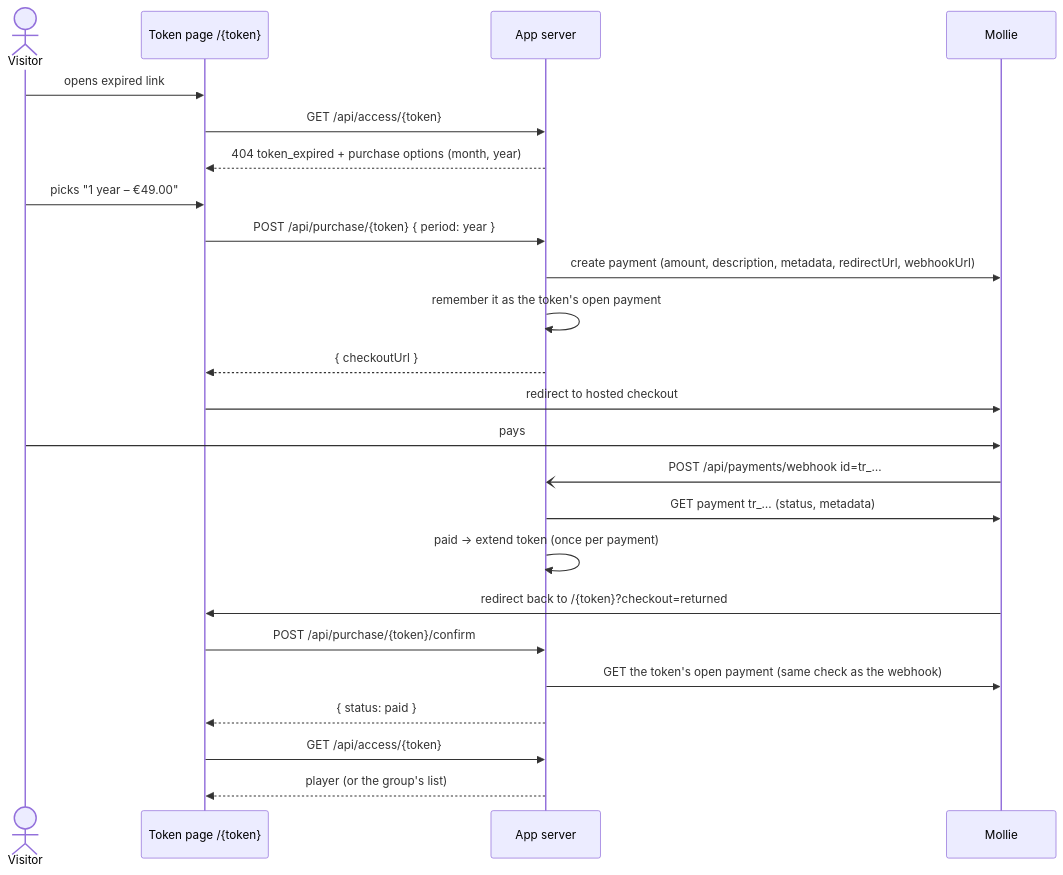
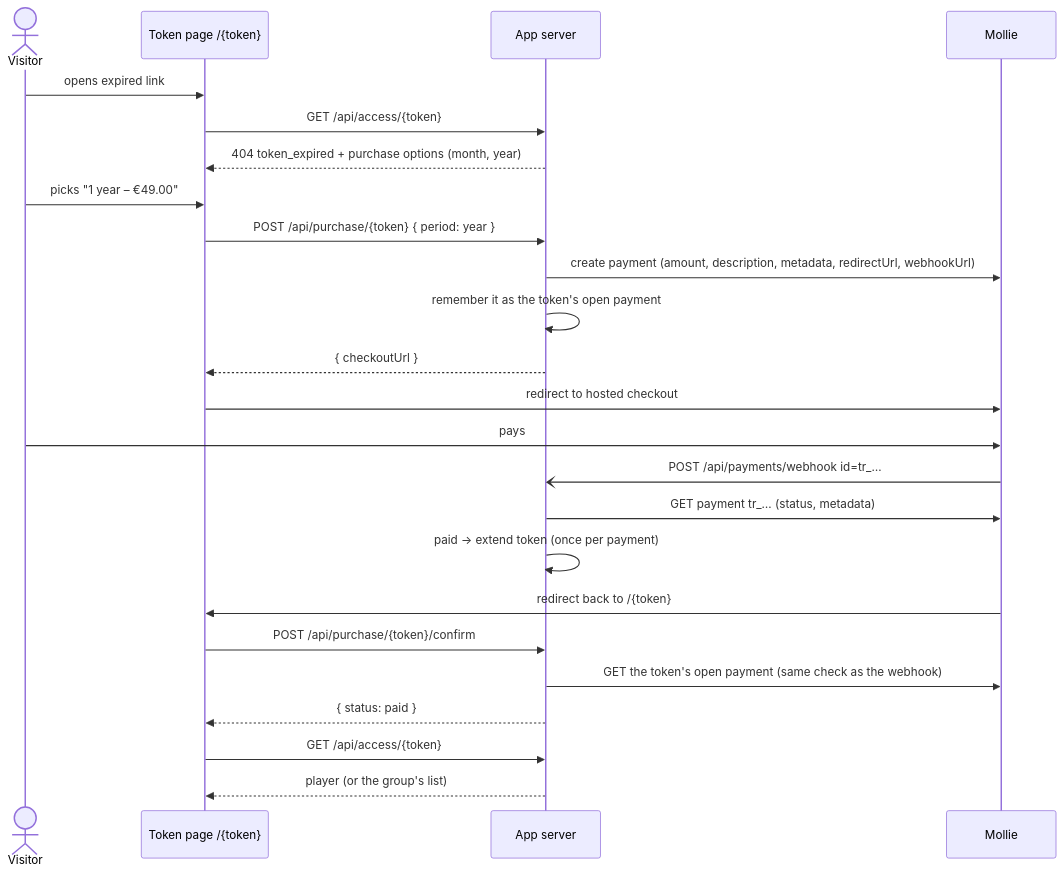
Before and after one commit to geprog/media-access-manager: the diagram in docs/purchase.md, drawn with Mermaid. The commit also changed other lines of this file and 12 other files, not shown here.

````diff
--- a/docs/purchase.md
+++ b/docs/purchase.md
@@ -15,27 +15,27 @@
 ```mermaid
 sequenceDiagram
     actor V as Visitor
     participant P as Token page /{token}
     participant A as App server
     participant M as Mollie
 
     V->>P: opens expired link
     P->>A: GET /api/access/{token}
     A-->>P: 404 token_expired + purchase options (month, year)
     V->>P: picks "1 year – €49.00"
     P->>A: POST /api/purchase/{token} { period: year }
     A->>M: create payment (amount, description, metadata, redirectUrl, webhookUrl)
     A->>A: remember it as the token's open payment
     A-->>P: { checkoutUrl }
     P->>M: redirect to hosted checkout
     V->>M: pays
     M-)A: POST /api/payments/webhook  id=tr_…
     A->>M: GET payment tr_… (status, metadata)
     A->>A: paid → extend token (once per payment)
-    M->>P: redirect back to /{token}?checkout=returned
+    M->>P: redirect back to /{token}
     P->>A: POST /api/purchase/{token}/confirm
     A->>M: GET the token's open payment (same check as the webhook)
     A-->>P: { status: paid }
     P->>A: GET /api/access/{token}
     A-->>P: player (or the group's list)
 ```
````
